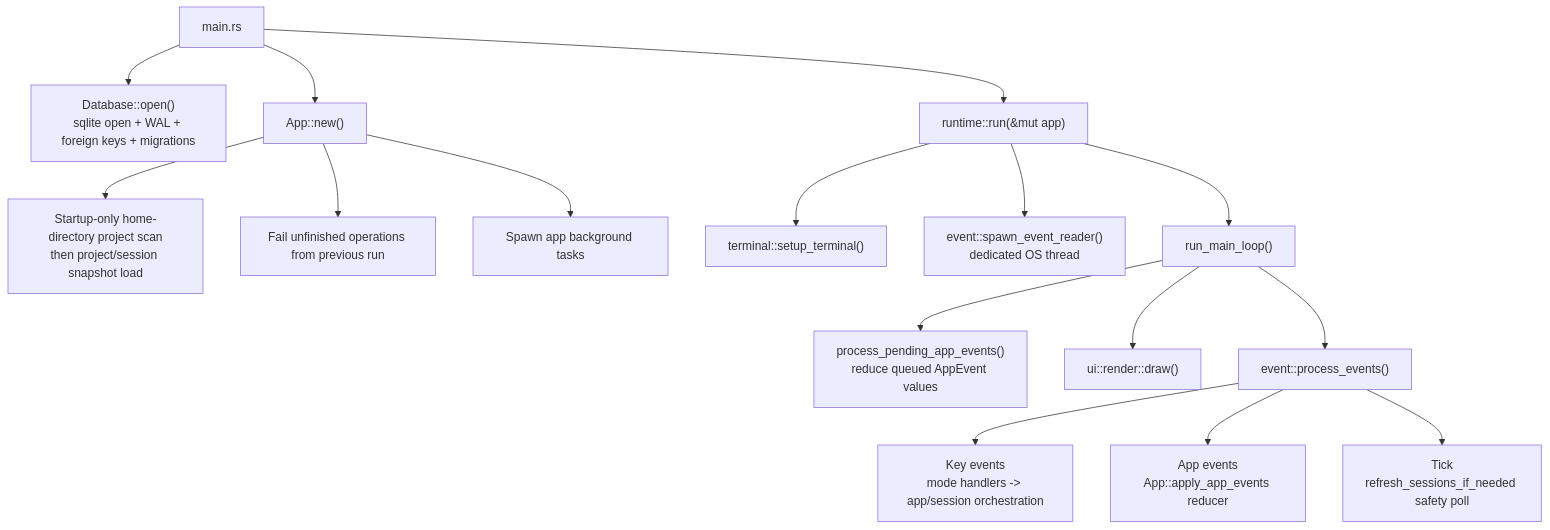
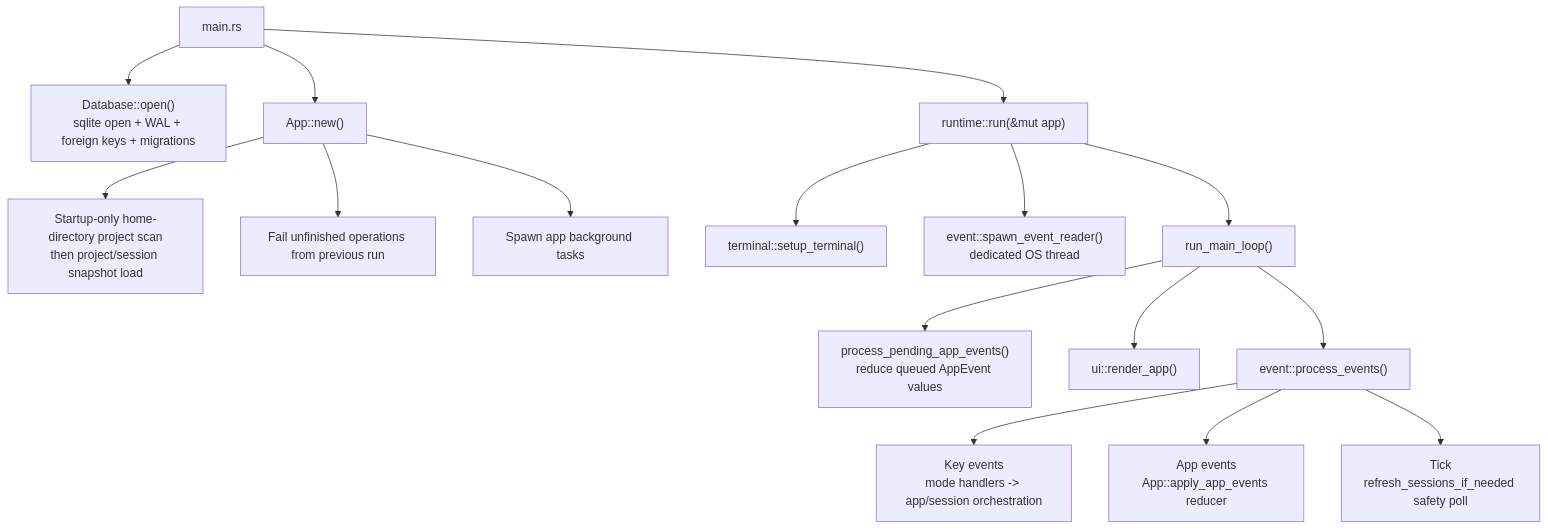
The first of 2 diagrams in docs/site/content/docs/architecture/runtime-flow.md (agentty-xyz/agentty), drawn with Mermaid before and after one commit. The commit also changed other lines of this file and 68 other files, not shown here.

````diff
--- a/docs/site/content/docs/architecture/runtime-flow.md
+++ b/docs/site/content/docs/architecture/runtime-flow.md
@@ -46,35 +46,35 @@
 ```mermaid
 flowchart TD
   main["main.rs"]
   db["Database::open()<br/>sqlite open + WAL + foreign keys + migrations"]
   app_new["App::new()"]
   scan["Startup-only home-directory project scan<br/>then project/session snapshot load"]
   fail_ops["Fail unfinished operations from previous run"]
   background["Spawn app background tasks"]
   runtime["runtime::run(&mut app)"]
   terminal["terminal::setup_terminal()"]
   event_reader["event::spawn_event_reader()<br/>dedicated OS thread"]
   main_loop["run_main_loop()"]
   drain["process_pending_app_events()<br/>reduce queued AppEvent values"]
-  draw["ui::render::draw()"]
+  draw["ui::render_app()"]
   process["event::process_events()"]
   key_events["Key events<br/>mode handlers -> app/session orchestration"]
   app_events["App events<br/>App::apply_app_events reducer"]
   tick["Tick<br/>refresh_sessions_if_needed safety poll"]
 
   main --> db
   main --> app_new
   app_new --> scan
   app_new --> fail_ops
   app_new --> background
   main --> runtime
   runtime --> terminal
   runtime --> event_reader
   runtime --> main_loop
   main_loop --> drain
   main_loop --> draw
   main_loop --> process
   process --> key_events
   process --> app_events
   process --> tick
 ```
````
